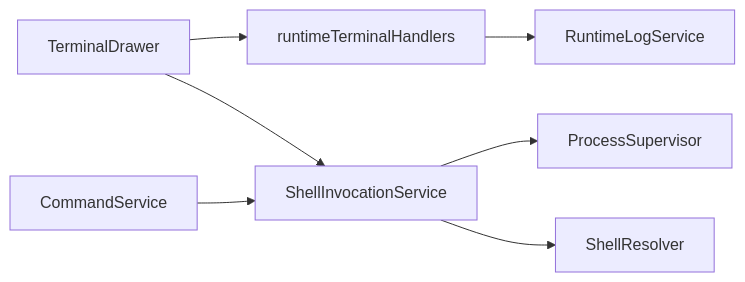
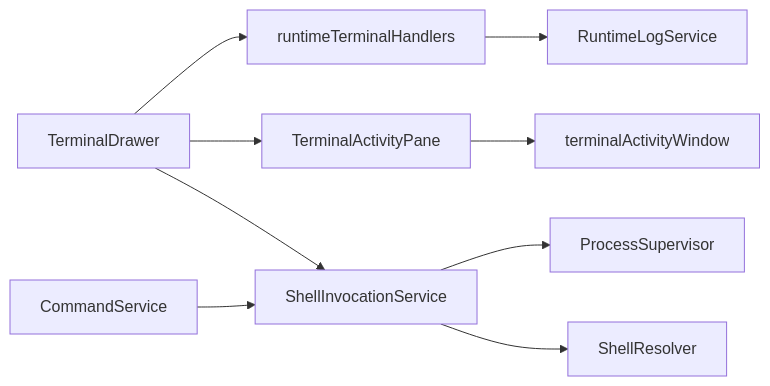
The ninth of 9 diagrams in .qoder/repowiki/zh/content/用户界面/终端抽屉.md (haolange/RDC-Agent), drawn with Mermaid before and after one commit. The commit also changed other lines of this file and 90 other files, not shown here.

````diff
--- a/.qoder/repowiki/zh/content/用户界面/终端抽屉.md
+++ b/.qoder/repowiki/zh/content/用户界面/终端抽屉.md
@@ -291,9 +386,11 @@
 ```mermaid
 graph LR
 UI["TerminalDrawer"] --> IPC["runtimeTerminalHandlers"]
+UI --> Virtual["TerminalActivityPane"]
+Virtual --> Window["terminalActivityWindow"]
 IPC --> LOG["RuntimeLogService"]
 UI --> SIS["ShellInvocationService"]
 SIS --> PS["ProcessSupervisor"]
 SIS --> RS["ShellResolver"]
 CMD["CommandService"] --> SIS
 ```
````
